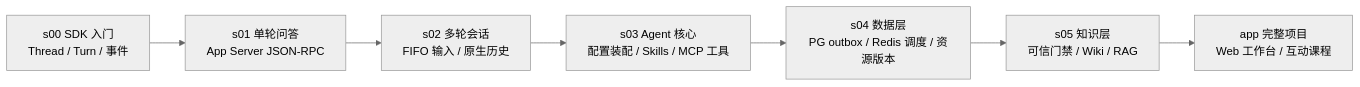
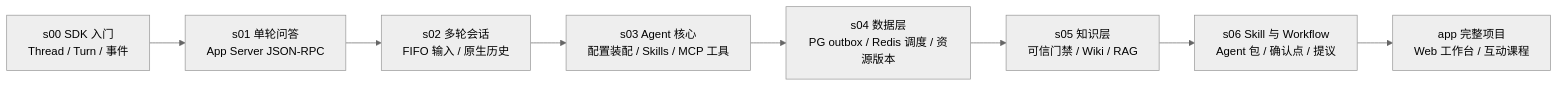
The diagram in README.md (pengcong2020520/learn-codex-harness), drawn with Mermaid (neutral theme) before and after one commit. The commit also changed other lines of this file and 149 other files, not shown here.

First line of the commit message:
docs(stages): 新增 s06 Skill 与 Workflow 阶段与章节 (#12)

````diff
--- a/README.md
+++ b/README.md
@@ -10,9 +10,10 @@
 ```mermaid
 flowchart LR
   s00["s00 SDK 入门<br/>Thread / Turn / 事件"] --> s01["s01 单轮问答<br/>App Server JSON-RPC"]
   s01 --> s02["s02 多轮会话<br/>FIFO 输入 / 原生历史"]
   s02 --> s03["s03 Agent 核心<br/>配置装配 / Skills / MCP 工具"]
   s03 --> s04["s04 数据层<br/>PG outbox / Redis 调度 / 资源版本"]
   s04 --> s05["s05 知识层<br/>可信门禁 / Wiki / RAG"]
-  s05 --> app["app 完整项目<br/>Web 工作台 / 互动课程"]
+  s05 --> s06["s06 Skill 与 Workflow<br/>Agent 包 / 确认点 / 提议"]
+  s06 --> app["app 完整项目<br/>Web 工作台 / 互动课程"]
 ```
````
